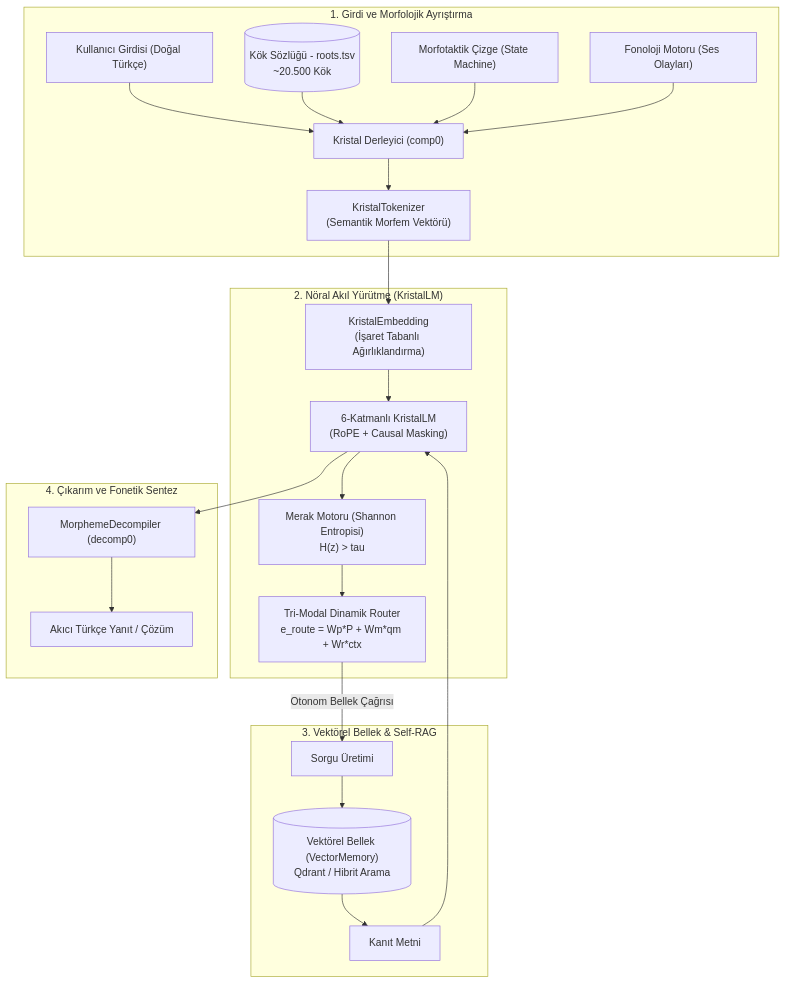
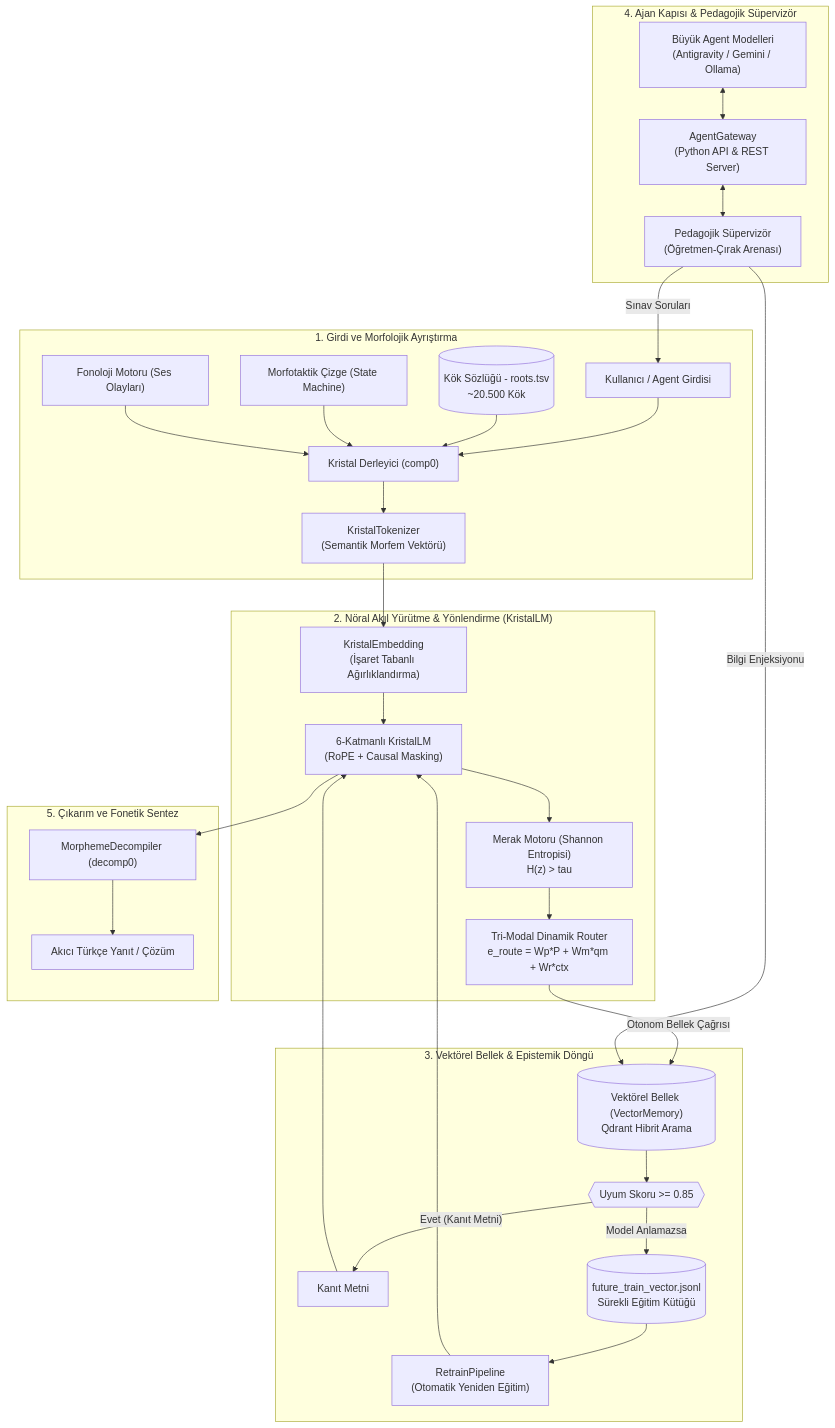
One commit to onkanat/tr_llm changed the diagram in README.md. Above: the diagram before and after it, drawn with Mermaid. The commit also changed other lines of this file and 42 other files, not shown here.

First line of the commit message:
feat: Pedagogik hiyerarsi, Agent Gateway, Epistemik UNK Meraki ve Alan Uzmanlasmasi (v1.4.0)

````diff
--- a/README.md
+++ b/README.md
@@ -29,29 +30,39 @@
 ```mermaid
 flowchart TD
     subgraph INGESTION ["1. Girdi ve Morfolojik Ayrıştırma"]
-        RawText["Kullanıcı Girdisi (Doğal Türkçe)"] --> Comp["Kristal Derleyici (comp0)"]
+        RawText["Kullanıcı / Agent Girdisi"] --> Comp["Kristal Derleyici (comp0)"]
         Lexicon[("Kök Sözlüğü - roots.tsv\n~20.500 Kök")] --> Comp
         Graph["Morfotaktik Çizge (State Machine)"] --> Comp
         Phonology["Fonoloji Motoru (Ses Olayları)"] --> Comp
         Comp --> Tokenizer["KristalTokenizer\n(Semantik Morfem Vektörü)"]
     end
 
-    subgraph REASONING ["2. Nöral Akıl Yürütme (KristalLM)"]
+    subgraph REASONING ["2. Nöral Akıl Yürütme & Yönlendirme (KristalLM)"]
         Tokenizer --> Embed["KristalEmbedding\n(İşaret Tabanlı Ağırlıklandırma)"]
         Embed --> Transformer["6-Katmanlı KristalLM\n(RoPE + Causal Masking)"]
         Transformer --> Curiosity["Merak Motoru (Shannon Entropisi)\nH(z) > tau"]
         Curiosity --> Router["Tri-Modal Dinamik Router\ne_route = Wp*P + Wm*qm + Wr*ctx"]
     end
 
-    subgraph MEMORY ["3. Vektörel Bellek & Self-RAG"]
-        Router -->|"Otonom Bellek Çağrısı"| QueryGen["<ARA> Sorgu Üretimi </ARA>"]
-        QueryGen --> VecMem[("Vektörel Bellek (VectorMemory)\nQdrant / Hibrit Arama")]
-        VecMem --> DocInject["<BELGE> Kanıt Metni </BELGE>"]
+    subgraph MEMORY ["3. Vektörel Bellek & Epistemik Döngü"]
+        Router -->|"Otonom Bellek Çağrısı"| VecMem[("Vektörel Bellek (VectorMemory)\nQdrant Hibrit Arama")]
+        VecMem --> Filter{{"Uyum Skoru >= 0.85"}}
+        Filter -->|"Evet (Kanıt Metni)"| DocInject["<CONTEXT> Kanıt Metni </CONTEXT>"]
         DocInject --> Transformer
+        Filter -->|"Model Anlamazsa"| FutureTrain[("future_train_vector.jsonl\nSürekli Eğitim Kütüğü")]
+        FutureTrain --> Retrain["RetrainPipeline\n(Otomatik Yeniden Eğitim)"]
+        Retrain --> Transformer
     end
 
-    subgraph SYNTHESIS ["4. Çıkarım ve Fonetik Sentez"]
+    subgraph GATEWAY ["4. Ajan Kapısı & Pedagojik Süpervizör"]
+        ExtAgent["Büyük Agent Modelleri\n(Antigravity / Gemini / Ollama)"] <--> Gateway["AgentGateway\n(Python API & REST Server)"]
+        Gateway <--> Supervisor["Pedagojik Süpervizör\n(Öğretmen-Çırak Arenası)"]
+        Supervisor -->|"Bilgi Enjeksiyonu"| VecMem
+        Supervisor -->|"Sınav Soruları"| RawText
+    end
+
+    subgraph SYNTHESIS ["5. Çıkarım ve Fonetik Sentez"]
         Transformer --> Decomp["MorphemeDecompiler (decomp0)"]
         Decomp --> CleanText["Akıcı Türkçe Yanıt / Çözüm"]
     end
 ```
````
